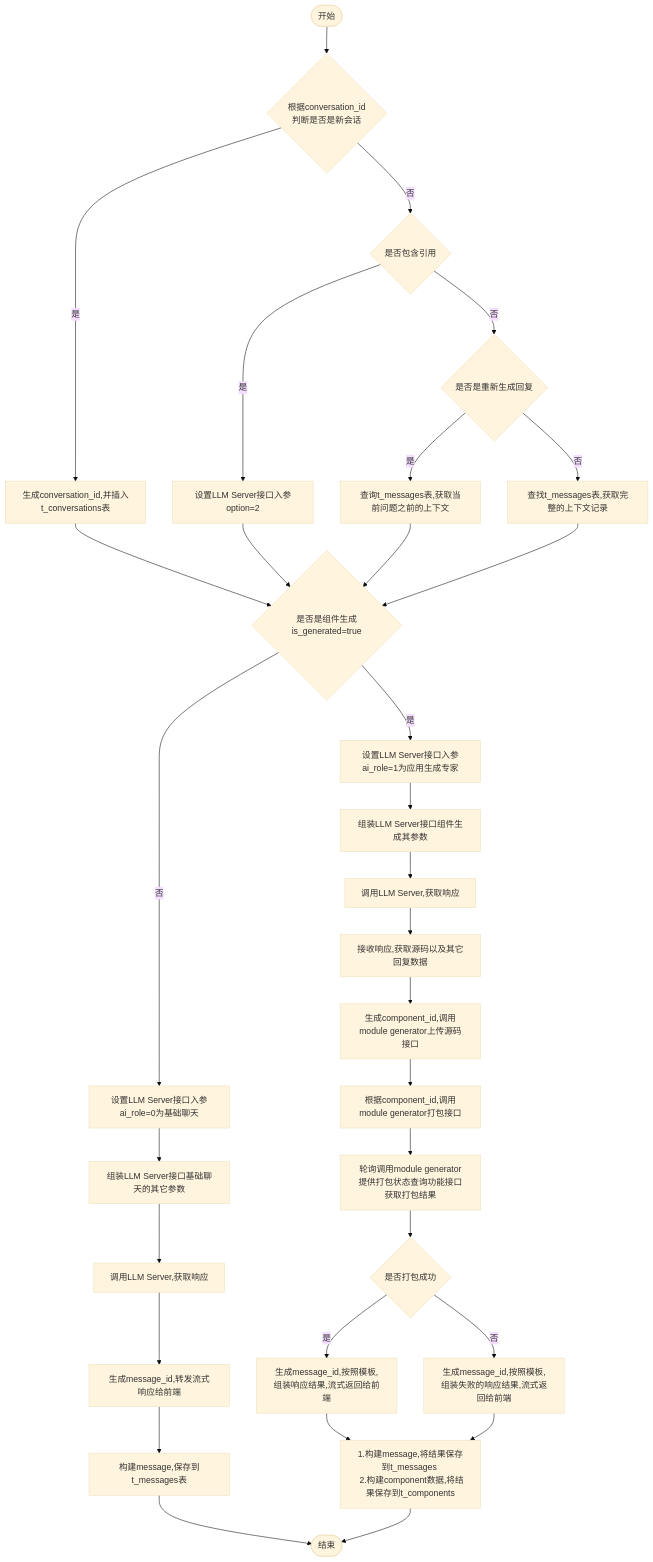
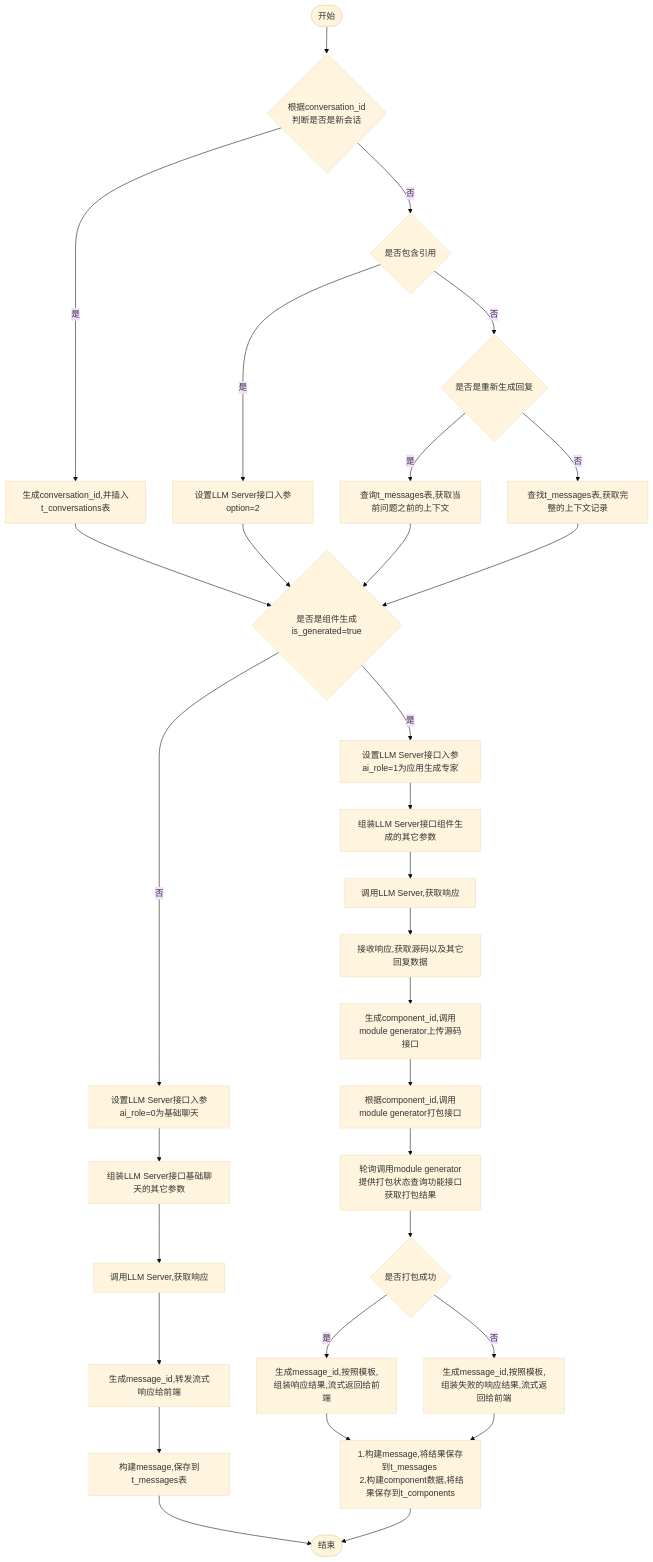
One commit to yingjianzh/iodraw-files changed the diagram in all/w3-会话-不需要传递message.md. Above: the diagram before and after it, drawn with Mermaid (base theme).

Commit message:
2024-10-14 11:09:32 update

````diff
--- a/all/w3-会话-不需要传递message.md
+++ b/all/w3-会话-不需要传递message.md
@@ -1,35 +1,35 @@
 ```mermaid
 flowchart TD
     A([开始]) --> B{根据conversation_id \n 判断是否是新会话}
     B -- 是 --> C[生成conversation_id,并插入t_conversations表]
     B -- 否 --> D{是否包含引用}
     D -- 是 --> E[设置LLM Server接口入参option=2]
     D -- 否 --> F{是否是重新生成回复}
     F -- 是 --> G[查询t_messages表,获取当前问题之前的上下文]
     F -- 否 --> H[查找t_messages表,获取完整的上下文记录]
      
     C & E & G & H --> I{是否是组件生成is_generated=true}
     I -- 是 --> J[设置LLM Server接口入参ai_role=1为应用生成专家]
     I -- 否 --> K[设置LLM Server接口入参ai_role=0为基础聊天]
 
 
-    J --> L[组装LLM Server接口组件生成其参数]    
+    J --> L[组装LLM Server接口组件生成的其它参数]    
     K --> M[组装LLM Server接口基础聊天的其它参数]    
     M --> N[调用LLM Server,获取响应]    
     N --> O[生成message_id,转发流式响应给前端]
     O --> P[构建message,保存到t_messages表]
     P --> R([结束])
 
 
     L --> S[调用LLM Server,获取响应]
     S --> T[接收响应,获取源码以及其它回复数据]
     T --> U[生成component_id,调用module generator上传源码接口]
     U --> V[根据component_id,调用module generator打包接口]
     V --> W[轮询调用module generator提供打包状态查询功能接口获取打包结果]
     W --> X{是否打包成功}
     X -- 是 --> Y[生成message_id,按照模板,组装响应结果,流式返回给前端]
     X -- 否 --> Z[生成message_id,按照模板,组装失败的响应结果,流式返回给前端]
 
     Y & Z --> Result[1.构建message,将结果保存到t_messages \n 2.构建component数据,将结果保存到t_components]
     Result --> R
 ```
````
